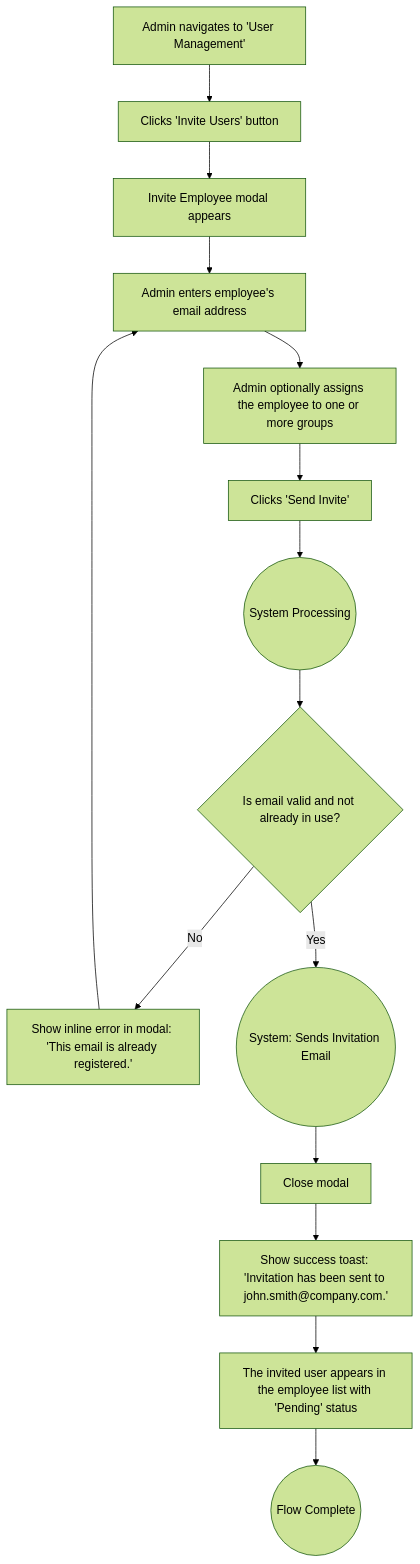
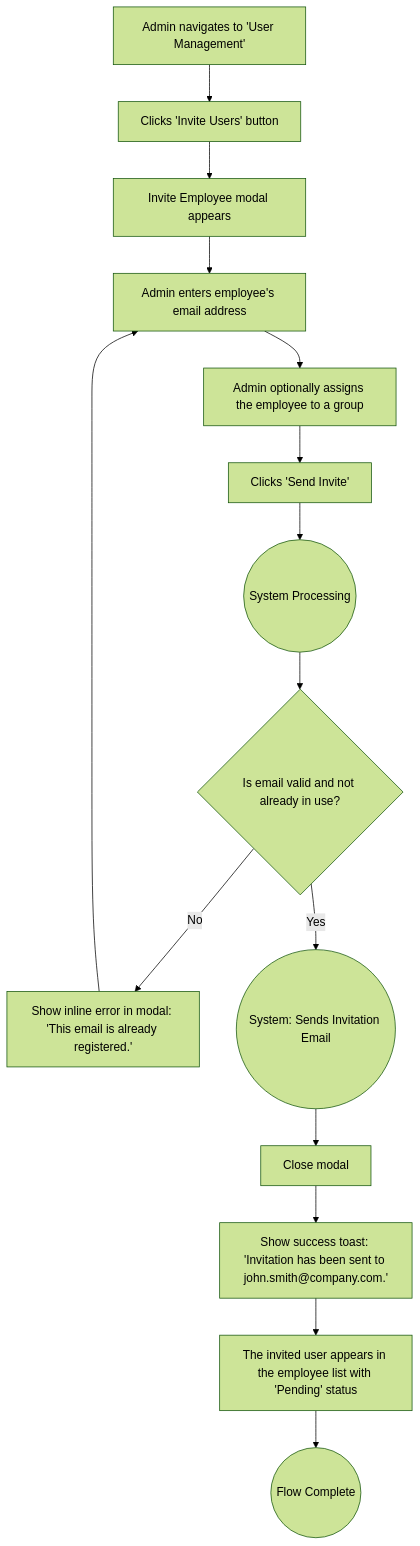
Before and after one commit to diemnguyen944/test_repo: the third of 20 diagrams in docs/corporate-mpass-front-end-spec.md, drawn with Mermaid (forest theme).

````diff
--- a/docs/corporate-mpass-front-end-spec.md
+++ b/docs/corporate-mpass-front-end-spec.md
@@ -250,17 +250,17 @@
 ```mermaid
 graph TD
     A[Admin navigates to 'User Management'] --> B[Clicks 'Invite Users' button]
     B --> C[Invite Employee modal appears]
     C --> D[Admin enters employee's email address]
-    D --> E[Admin optionally assigns the employee to one or more groups]
+    D --> E[Admin optionally assigns the employee to a group]
     E --> F[Clicks 'Send Invite']
     F --> G((System Processing))
     G --> H{Is email valid and not already in use?}
     H -- No --> I[Show inline error in modal: 'This email is already registered.']
     I --> D
     H -- Yes --> J((System: Sends Invitation Email))
     J --> K[Close modal]
     K --> L[Show success toast: 'Invitation has been sent to john.smith@company.com.']
     L --> M[The invited user appears in the employee list with 'Pending' status]
     M --> Success((Flow Complete))
 ```
````
